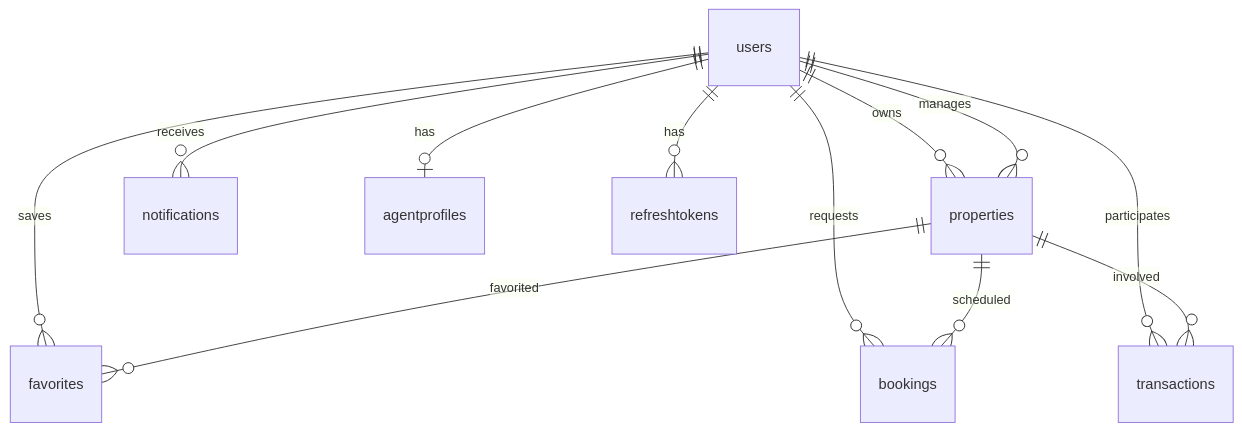
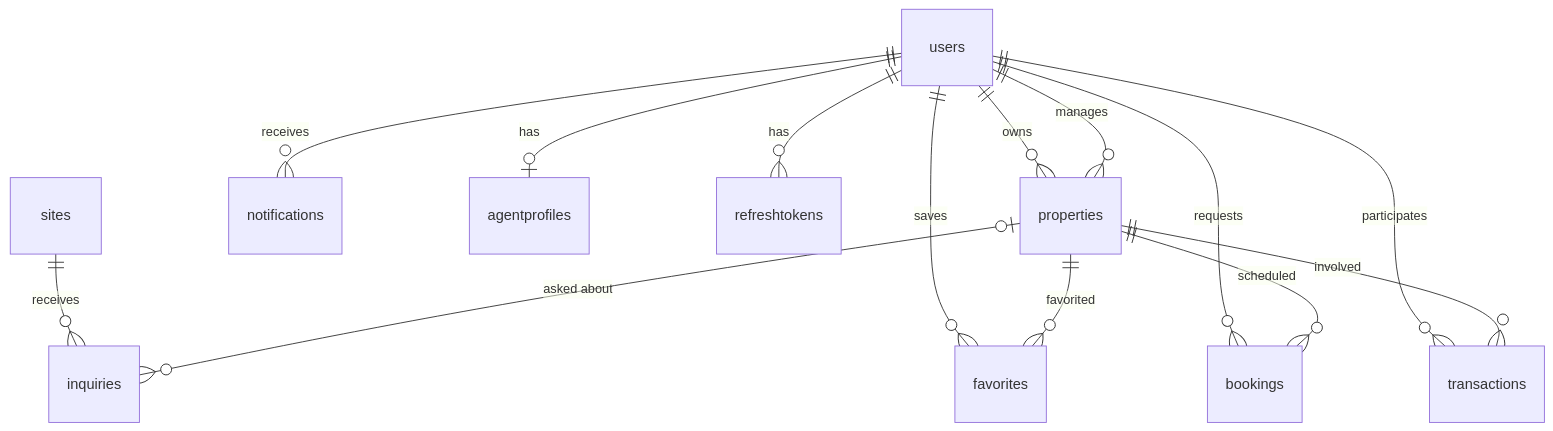
The diagram in server/docs/database-schema.md (spity7/buytly), drawn with Mermaid before and after one commit. The commit also changed other lines of this file and 56 other files, not shown here.

````diff
--- a/server/docs/database-schema.md
+++ b/server/docs/database-schema.md
@@ -260,14 +297,16 @@
 ```mermaid
 erDiagram
   users ||--o{ properties : owns
   users ||--o{ properties : manages
   users ||--o{ favorites : saves
   users ||--o{ bookings : requests
   users ||--o{ transactions : participates
   users ||--o{ notifications : receives
   users ||--o| agentprofiles : has
   users ||--o{ refreshtokens : has
+  sites ||--o{ inquiries : receives
+  properties |o--o{ inquiries : "asked about"
   properties ||--o{ favorites : favorited
   properties ||--o{ bookings : scheduled
   properties ||--o{ transactions : involved
 ```
````
